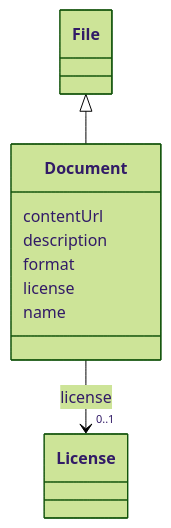
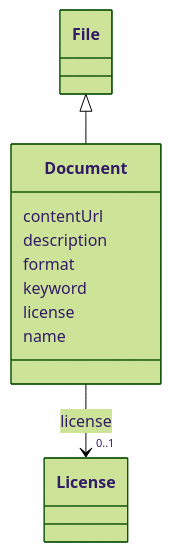
One commit to EVORA-project/evora-ontology changed the diagram in models/docs/Document.md. Above: the diagram before and after it, drawn with Mermaid (forest theme). The commit also changed other lines of this file and 402 other files, not shown here.

````diff
--- a/models/docs/Document.md
+++ b/models/docs/Document.md
@@ -19,26 +19,28 @@
 ```mermaid
  classDiagram
     class Document
     click Document href "../Document"
       File <|-- Document
         click File href "../File"
       
       Document : contentUrl
         
       Document : description
         
       Document : format
+        
+      Document : keyword
         
       Document : license
         
           
     
     
     Document --> "0..1" License : license
     click License href "../License"
 
         
       Document : name
         
       
 ```
````
